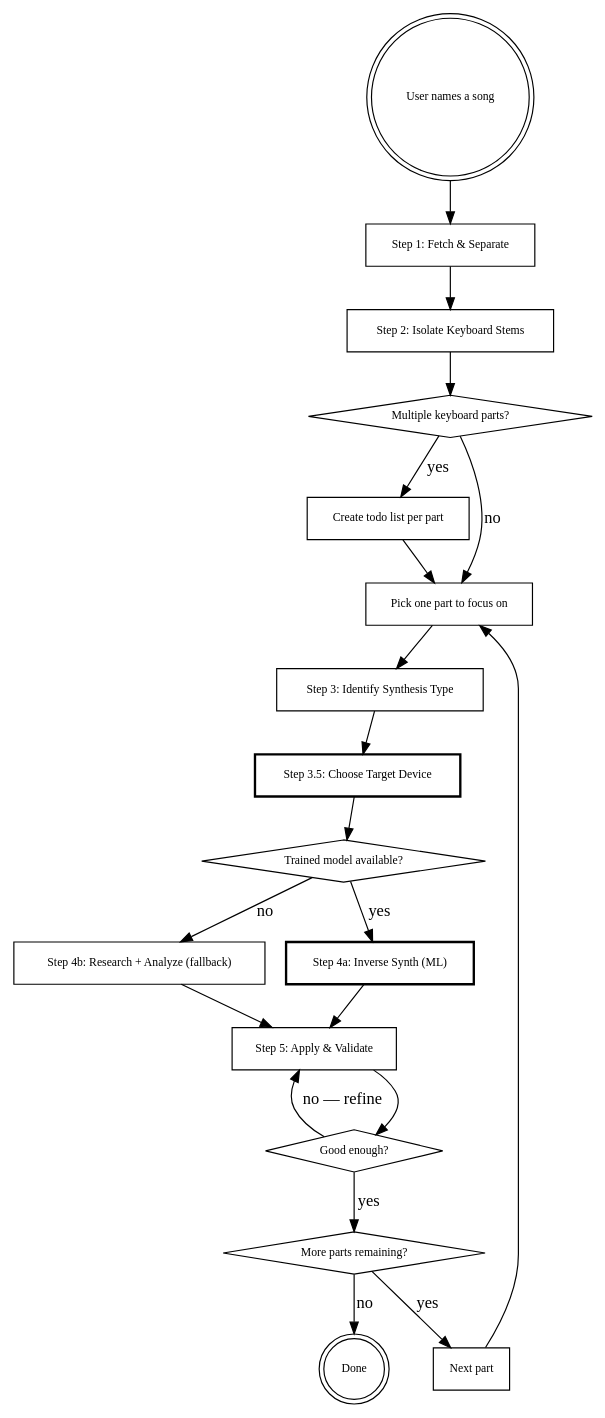
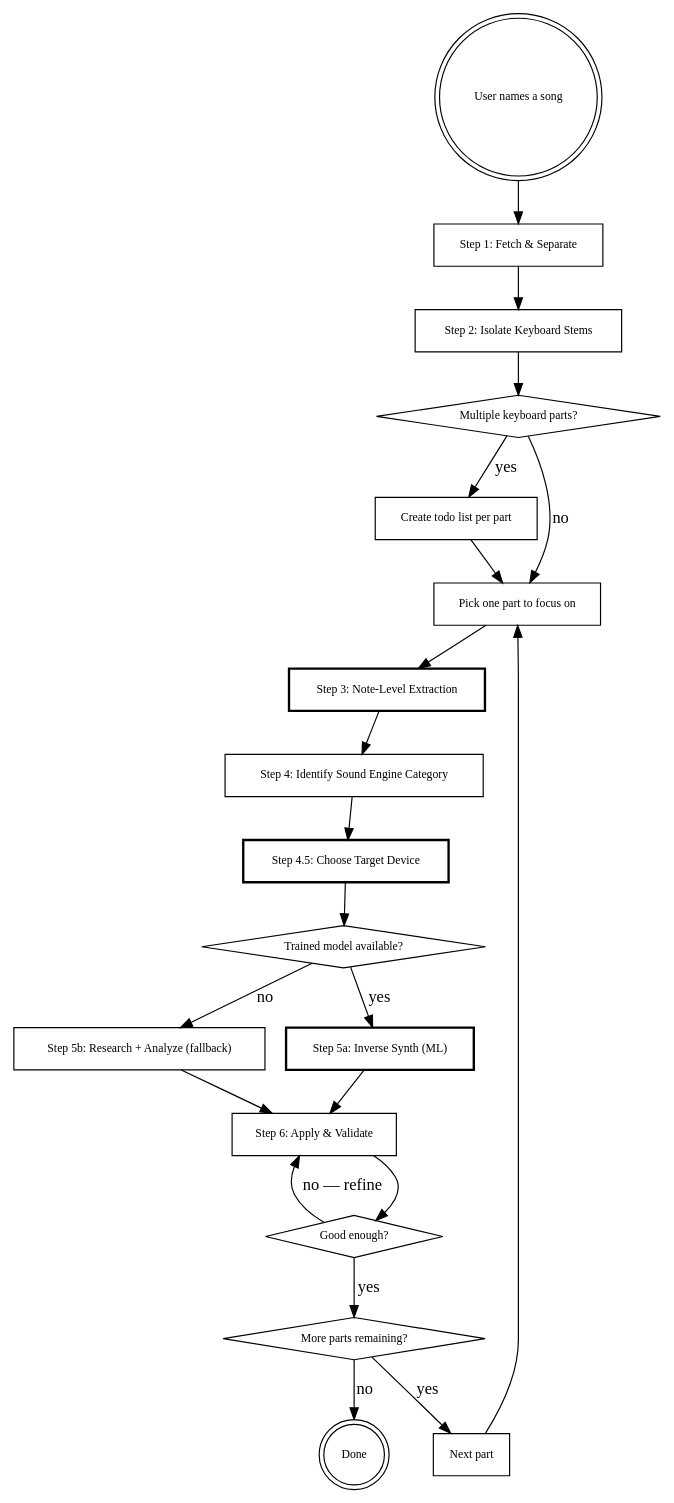
One commit to uribrecher/sound-recreation-agent changed the diagram in prompts/recreate-sound.md. Above: the diagram before and after it, drawn with Graphviz. The commit also changed other lines of this file, not shown here.

First line of the commit message:
Add note-level extraction step and sound engine taxonomy (#4)

````diff
--- a/prompts/recreate-sound.md
+++ b/prompts/recreate-sound.md
@@ -26,43 +26,45 @@
 ```dot
 digraph recreate_sound {
     rankdir=TB;
     node [fontsize=10];
 
     "User names a song" [shape=doublecircle];
     "Step 1: Fetch & Separate" [shape=box];
     "Step 2: Isolate Keyboard Stems" [shape=box];
     "Multiple keyboard parts?" [shape=diamond];
     "Create todo list per part" [shape=box];
     "Pick one part to focus on" [shape=box];
-    "Step 3: Identify Synthesis Type" [shape=box];
-    "Step 3.5: Choose Target Device" [shape=box, style=bold];
+    "Step 3: Note-Level Extraction" [shape=box, style=bold];
+    "Step 4: Identify Sound Engine Category" [shape=box];
+    "Step 4.5: Choose Target Device" [shape=box, style=bold];
     "Trained model available?" [shape=diamond];
-    "Step 4a: Inverse Synth (ML)" [shape=box, style=bold];
-    "Step 4b: Research + Analyze (fallback)" [shape=box];
-    "Step 5: Apply & Validate" [shape=box];
+    "Step 5a: Inverse Synth (ML)" [shape=box, style=bold];
+    "Step 5b: Research + Analyze (fallback)" [shape=box];
+    "Step 6: Apply & Validate" [shape=box];
     "Good enough?" [shape=diamond];
     "More parts remaining?" [shape=diamond];
     "Next part" [shape=box];
     "Done" [shape=doublecircle];
 
     "User names a song" -> "Step 1: Fetch & Separate";
     "Step 1: Fetch & Separate" -> "Step 2: Isolate Keyboard Stems";
     "Step 2: Isolate Keyboard Stems" -> "Multiple keyboard parts?";
     "Multiple keyboard parts?" -> "Create todo list per part" [label="yes"];
     "Multiple keyboard parts?" -> "Pick one part to focus on" [label="no"];
     "Create todo list per part" -> "Pick one part to focus on";
-    "Pick one part to focus on" -> "Step 3: Identify Synthesis Type";
-    "Step 3: Identify Synthesis Type" -> "Step 3.5: Choose Target Device";
-    "Step 3.5: Choose Target Device" -> "Trained model available?";
-    "Trained model available?" -> "Step 4a: Inverse Synth (ML)" [label="yes"];
-    "Trained model available?" -> "Step 4b: Research + Analyze (fallback)" [label="no"];
-    "Step 4a: Inverse Synth (ML)" -> "Step 5: Apply & Validate";
-    "Step 4b: Research + Analyze (fallback)" -> "Step 5: Apply & Validate";
-    "Step 5: Apply & Validate" -> "Good enough?";
+    "Pick one part to focus on" -> "Step 3: Note-Level Extraction";
+    "Step 3: Note-Level Extraction" -> "Step 4: Identify Sound Engine Category";
+    "Step 4: Identify Sound Engine Category" -> "Step 4.5: Choose Target Device";
+    "Step 4.5: Choose Target Device" -> "Trained model available?";
+    "Trained model available?" -> "Step 5a: Inverse Synth (ML)" [label="yes"];
+    "Trained model available?" -> "Step 5b: Research + Analyze (fallback)" [label="no"];
+    "Step 5a: Inverse Synth (ML)" -> "Step 6: Apply & Validate";
+    "Step 5b: Research + Analyze (fallback)" -> "Step 6: Apply & Validate";
+    "Step 6: Apply & Validate" -> "Good enough?";
     "Good enough?" -> "More parts remaining?" [label="yes"];
-    "Good enough?" -> "Step 5: Apply & Validate" [label="no — refine"];
+    "Good enough?" -> "Step 6: Apply & Validate" [label="no — refine"];
     "More parts remaining?" -> "Next part" [label="yes"];
     "More parts remaining?" -> "Done" [label="no"];
     "Next part" -> "Pick one part to focus on";
 }
 ```
````
